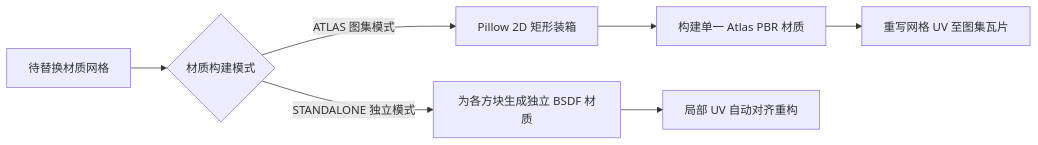
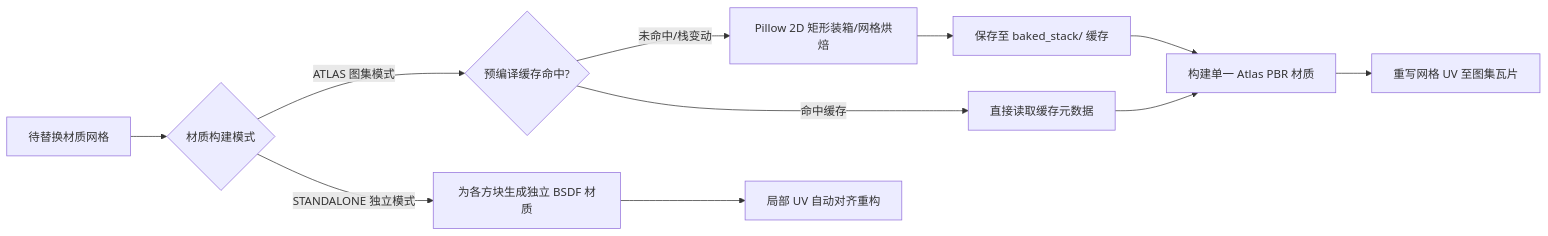
One commit to mozi1924/MoziToolKit changed the third of 6 diagrams in docs/FEATURE_DESIGN_SPECIFICATION.md. Above: the diagram before and after it, drawn with Mermaid. The commit also changed other lines of this file, not shown here.

````diff
--- a/docs/FEATURE_DESIGN_SPECIFICATION.md
+++ b/docs/FEATURE_DESIGN_SPECIFICATION.md
@@ -140,10 +211,14 @@
 ```mermaid
 graph LR
     Input[待替换材质网格] --> ModeCheck{材质构建模式}
-    ModeCheck -- ATLAS 图集模式 --> AtlasBuild[Pillow 2D 矩形装箱]
-    AtlasBuild --> AtlasShader[构建单一 Atlas PBR 材质]
+    ModeCheck -- ATLAS 图集模式 --> PrecompCheck{预编译缓存命中?}
+    PrecompCheck -- 未命中/栈变动 --> AtlasBuild[Pillow 2D 矩形装箱/网格烘焙]
+    AtlasBuild --> CacheSave[保存至 baked_stack/ 缓存]
+    PrecompCheck -- 命中缓存 --> CacheLoad[直接读取缓存元数据]
+    CacheSave --> AtlasShader[构建单一 Atlas PBR 材质]
+    CacheLoad --> AtlasShader
     AtlasShader --> RemapUV[重写网格 UV 至图集瓦片]
     
     ModeCheck -- STANDALONE 独立模式 --> MatGen[为各方块生成独立 BSDF 材质]
     MatGen --> AlignUV[局部 UV 自动对齐重构]
 ```
````
